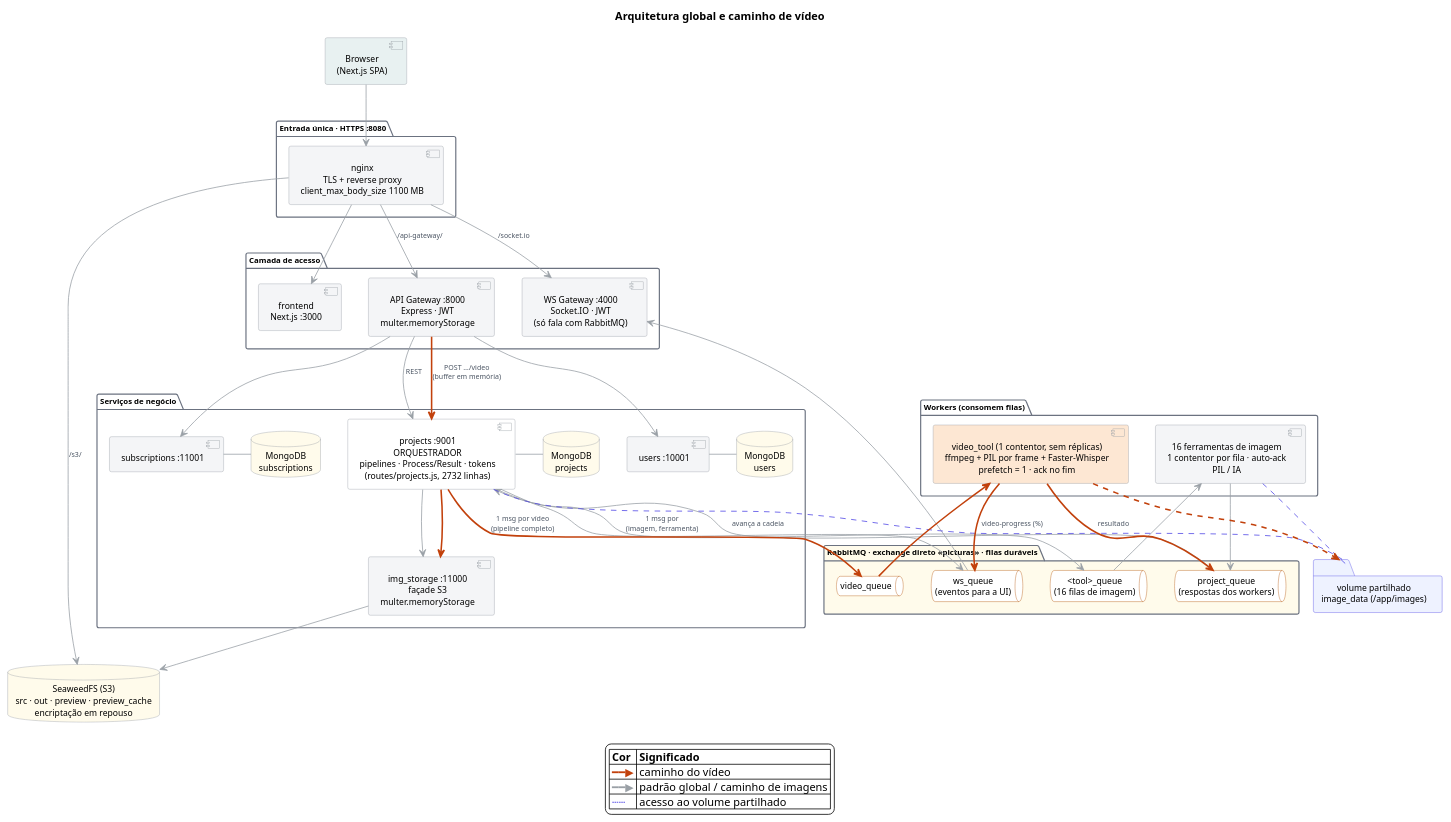
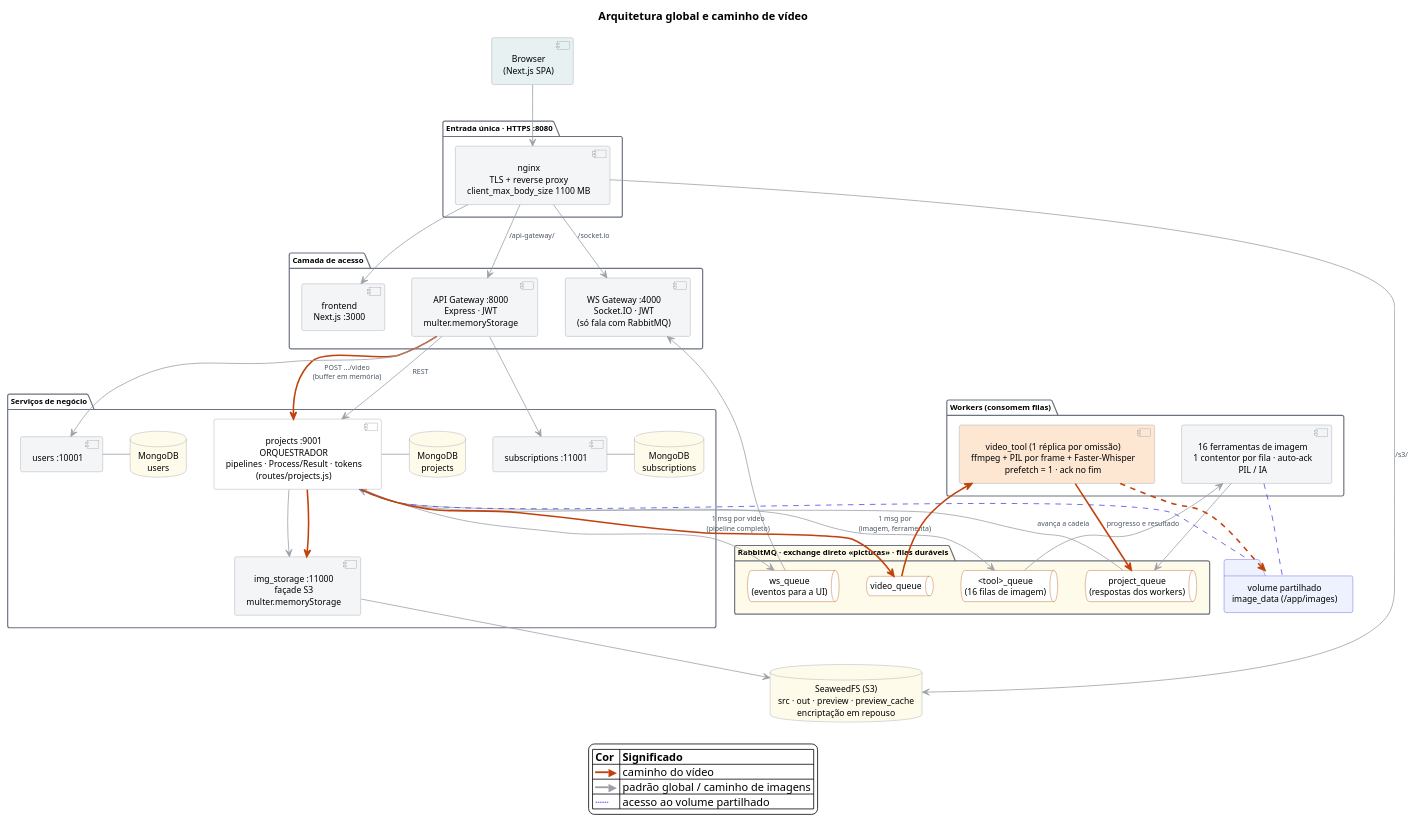
One commit to Francisco2782/picturas-27 changed the diagram in docs/exercicios/arquitetura_global.puml. Above: the diagram before and after it, drawn with PlantUML. The commit also changed 23 other files, not shown here.

```diff
--- a/docs/exercicios/arquitetura_global.puml
+++ b/docs/exercicios/arquitetura_global.puml
@@ -1,102 +1,101 @@
 @startuml arquitetura_global
 top to bottom direction
 
 skinparam backgroundColor white
 skinparam shadowing false
 skinparam defaultFontName Helvetica
 skinparam defaultFontSize 11
 skinparam ArrowColor #9AA0A6
 skinparam ArrowFontColor #4B5563
 skinparam ArrowFontSize 9
 skinparam ComponentBorderColor #9AA0A6
 skinparam ComponentBackgroundColor #F4F5F7
 skinparam DatabaseBorderColor #9AA0A6
 skinparam DatabaseBackgroundColor #FFFBEB
 skinparam QueueBorderColor #B45309
 skinparam QueueBackgroundColor #FFFBEB
 skinparam PackageBorderColor #6B7280
 skinparam PackageFontSize 10
 skinparam PackageStyle dashed
 skinparam FolderBorderColor #4F46E5
 skinparam FolderBackgroundColor #EEF2FF
 skinparam defaultTextAlignment center
 
 title Arquitetura global e caminho de vídeo
 
 component "Browser\n(Next.js SPA)" as browser #E8F1F1
 
 package "Entrada única · HTTPS :8080" as edge {
   component "nginx\nTLS + reverse proxy\nclient_max_body_size 1100 MB" as nginx
 }
 
 package "Camada de acesso" as access {
   component "frontend\nNext.js :3000" as frontend
   component "API Gateway :8000\nExpress · JWT\nmulter.memoryStorage" as api_gateway
   component "WS Gateway :4000\nSocket.IO · JWT\n(só fala com RabbitMQ)" as ws_gateway
 }
 
 package "Serviços de negócio" as business {
-  component "projects :9001\nORQUESTRADOR\npipelines · Process/Result · tokens\n(routes/projects.js, 2732 linhas)" as projects #FFFFFF
+  component "projects :9001\nORQUESTRADOR\npipelines · Process/Result · tokens\n(routes/projects.js)" as projects #FFFFFF
   component "users :10001" as users
   component "subscriptions :11001" as subscriptions
   component "img_storage :11000\nfaçade S3\nmulter.memoryStorage" as img_storage
   database "MongoDB\nprojects" as projects_db
   database "MongoDB\nusers" as users_db
   database "MongoDB\nsubscriptions" as subs_db
 }
 
 database "SeaweedFS (S3)\nsrc · out · preview · preview_cache\nencriptação em repouso" as s3
 
 package "RabbitMQ · exchange direto «picturas» · filas duráveis" as rmq #FFFBEB {
   queue "<tool>_queue\n(16 filas de imagem)" as tool_q #FFFFFF
   queue "video_queue" as video_q #FFFFFF
   queue "project_queue\n(respostas dos workers)" as project_q #FFFFFF
   queue "ws_queue\n(eventos para a UI)" as ws_q #FFFFFF
 }
 
 package "Workers (consomem filas)" as workers {
   component "16 ferramentas de imagem\n1 contentor por fila · auto-ack\nPIL / IA" as img_tools
-  component "video_tool (1 contentor, sem réplicas)\nffmpeg + PIL por frame + Faster-Whisper\nprefetch = 1 · ack no fim" as video_tool #FDE7D3
+  component "video_tool (1 réplica por omissão)\nffmpeg + PIL por frame + Faster-Whisper\nprefetch = 1 · ack no fim" as video_tool #FDE7D3
 }
 
 folder "volume partilhado\nimage_data (/app/images)" as vol
 
 ' Padrão global e caminho de imagens
 browser --> nginx
 nginx --> frontend
 nginx --> api_gateway : /api-gateway/
 nginx --> ws_gateway : /socket.io
 nginx --> s3 : /s3/
 api_gateway --> projects : REST
 api_gateway --> users
 api_gateway --> subscriptions
 projects --> img_storage
 img_storage --> s3
 projects -right- projects_db
 users -right- users_db
 subscriptions -right- subs_db
 projects --> tool_q : 1 msg por\n(imagem, ferramenta)
 tool_q --> img_tools
 img_tools --> project_q
 project_q --> projects : avança a cadeia
 projects --> ws_q
 ws_q --> ws_gateway
 projects -[#4F46E5,dashed,thickness=1] vol
 img_tools -[#4F46E5,dashed,thickness=1] vol
 
 ' Caminho do vídeo
 api_gateway -[#C2410C,thickness=2]-> projects : POST …/video\n(buffer em memória)
 projects -[#C2410C,thickness=2]-> img_storage
 projects -[#C2410C,thickness=2]-> video_q : 1 msg por vídeo\n(pipeline completo)
 video_q -[#C2410C,thickness=2]-> video_tool
-video_tool -[#C2410C,thickness=2]-> project_q : resultado
-video_tool -[#C2410C,thickness=2]-> ws_q : video-progress (%)
+video_tool -[#C2410C,thickness=2]-> project_q : progresso e resultado
 video_tool -[#C2410C,dashed,thickness=2]-> vol
 
 legend bottom
   |= Cor |= Significado |
   | <color:#C2410C>━━▶</color> | caminho do vídeo |
   | <color:#9AA0A6>━━▶</color> | padrão global / caminho de imagens |
   | <color:#4F46E5>┄┄</color> | acesso ao volume partilhado |
 endlegend
 @enduml
```
